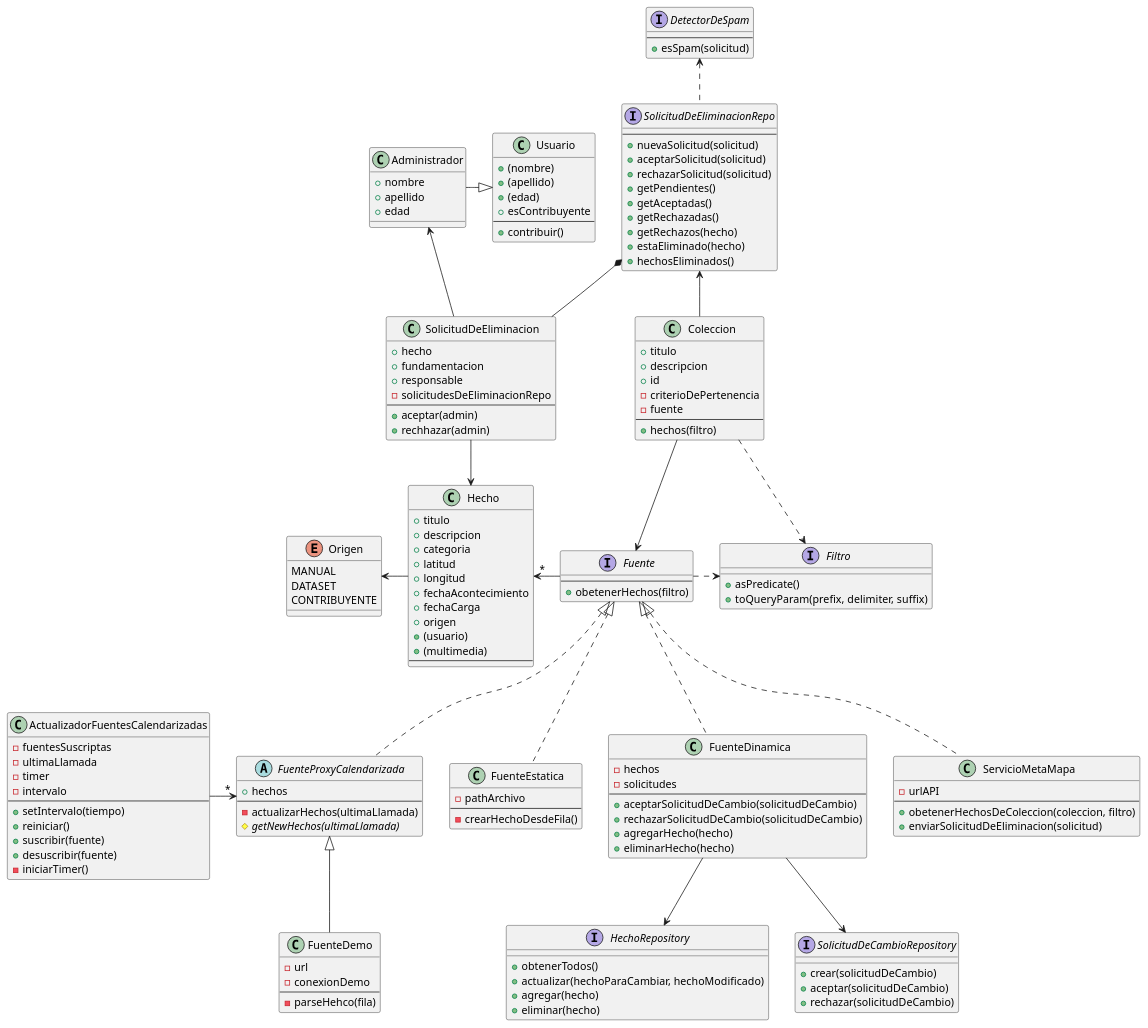
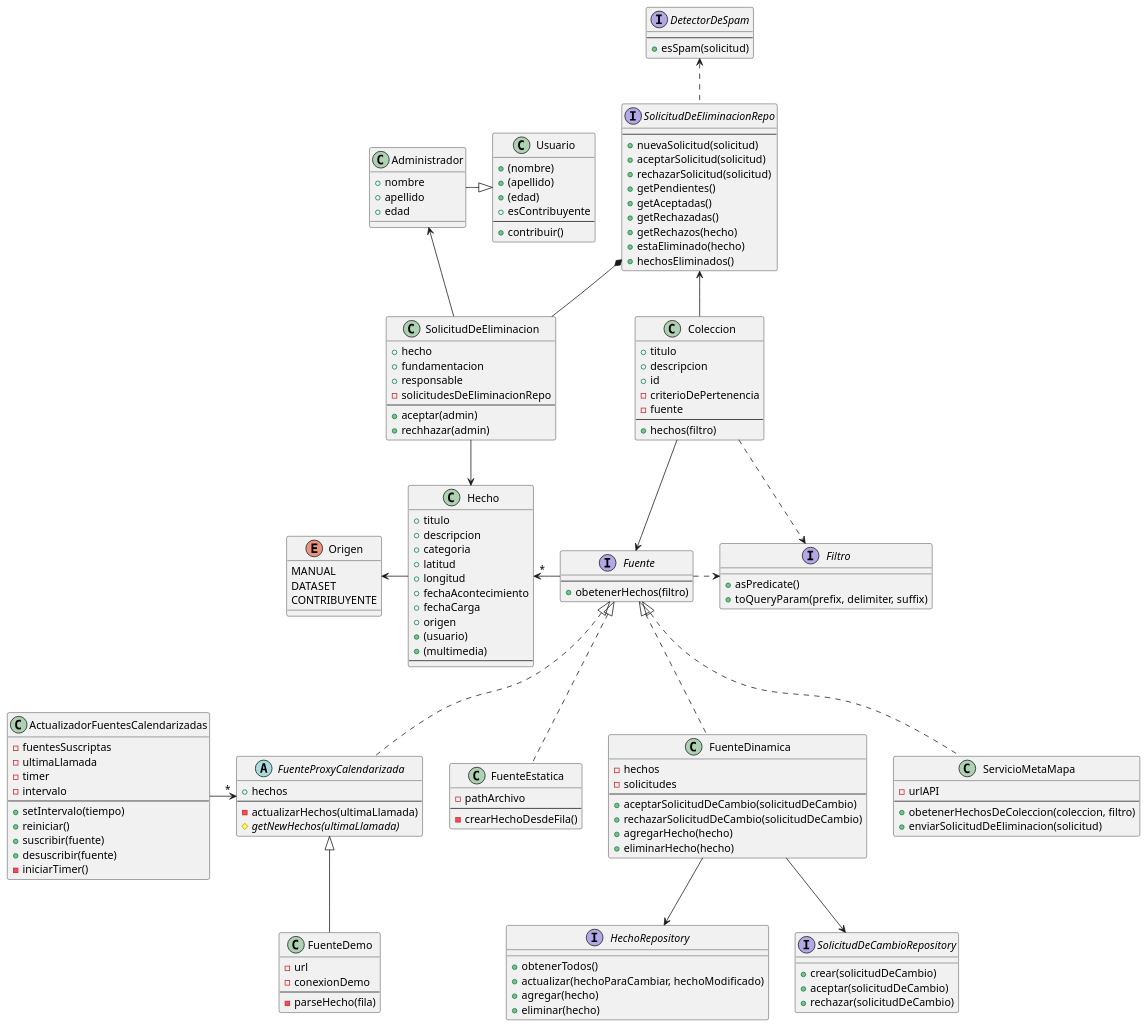
One commit to lrizzitano/Metamapa changed the diagram in diagramas/diagrama-clases.puml. Above: the diagram before and after it, drawn with PlantUML.

Commit message:
typo en diagrama de clases

```diff
--- a/diagramas/diagrama-clases.puml
+++ b/diagramas/diagrama-clases.puml
@@ -1,181 +1,181 @@
 @startuml MetaMapa
 
 class Usuario {
     +(nombre)
     +(apellido)
     +(edad)
     +esContribuyente
     --
     +contribuir()
 }
 
 class Administrador {
     +nombre
     +apellido
     +edad
 }
 
 class SolicitudDeEliminacion {
     +hecho
     +fundamentacion
     +responsable
     -solicitudesDeEliminacionRepo
     --
     +aceptar(admin)
     +rechhazar(admin)
 }
 
 interface SolicitudDeEliminacionRepo {
     --
     +nuevaSolicitud(solicitud)
     +aceptarSolicitud(solicitud)
     +rechazarSolicitud(solicitud)
     +getPendientes()
     +getAceptadas()
     +getRechazadas()
     +getRechazos(hecho)
     +estaEliminado(hecho)
     +hechosEliminados()
 }
 
 interface DetectorDeSpam {
     --
     +esSpam(solicitud)
 }
 
 
 class Coleccion {
     +titulo
     +descripcion
     +id
     -criterioDePertenencia
     -fuente
     --
     +hechos(filtro)
 }
 
 interface Fuente {
     --
     +obetenerHechos(filtro)
 }
 
 class Hecho {
     +titulo
     +descripcion
     +categoria
     +latitud
     +longitud
     +fechaAcontecimiento
     +fechaCarga
     +origen
     +(usuario)
     +(multimedia)
     --
 }
 
 enum Origen {
     MANUAL
     DATASET
     CONTRIBUYENTE
 }
 
 interface Filtro {
     +asPredicate()
     +toQueryParam(prefix, delimiter, suffix)
 }
 
 class FuenteEstatica {
     -pathArchivo
     --
     -crearHechoDesdeFila()
 }
 
 class FuenteDinamica {
     -hechos
     -solicitudes
     --
     +aceptarSolicitudDeCambio(solicitudDeCambio)
     +rechazarSolicitudDeCambio(solicitudDeCambio)
     +agregarHecho(hecho)
     +eliminarHecho(hecho)
 }
 
 interface  HechoRepository {
     +obtenerTodos()
     +actualizar(hechoParaCambiar, hechoModificado)
     +agregar(hecho)
     +eliminar(hecho)
 }
 
 interface SolicitudDeCambioRepository {
     +crear(solicitudDeCambio)
     +aceptar(solicitudDeCambio)
     +rechazar(solicitudDeCambio)
 }
 
 abstract class FuenteProxyCalendarizada {
     +hechos
     --
     -actualizarHechos(ultimaLlamada)
     #getNewHechos(ultimaLlamada) {abstract}
 }
 
 class FuenteDemo {
     -url
     -conexionDemo
     --
-    -parseHehco(fila)
+    -parseHecho(fila)
 }
 
 class ServicioMetaMapa {
     -urlAPI
     --
     +obetenerHechosDeColeccion(coleccion, filtro)
     +enviarSolicitudDeEliminacion(solicitud)
 }
 
 class ActualizadorFuentesCalendarizadas {
     -fuentesSuscriptas
     -ultimaLlamada
     -timer
     -intervalo
     --
     +setIntervalo(tiempo)
     +reiniciar()
     +suscribir(fuente)
     +desuscribir(fuente)
     -iniciarTimer()
 }
 
 
 Administrador -r-|> Usuario
 
 
 Coleccion --> Fuente
 Coleccion .r.> Filtro
 
 Fuente -l-> "*" Hecho
 Fuente .r.>Filtro
 
 FuenteEstatica .u.|> Fuente
 FuenteProxyCalendarizada .u.|> Fuente
 ServicioMetaMapa .u.|> Fuente
 FuenteDemo -u-|> FuenteProxyCalendarizada
 FuenteDinamica .u.|> Fuente
 FuenteDinamica --> HechoRepository
 FuenteDinamica --> SolicitudDeCambioRepository
 
 
 Hecho -l-> Origen
 
 SolicitudDeEliminacion --> Hecho
 SolicitudDeEliminacion -u-> Administrador
 
 SolicitudDeEliminacionRepo *-- SolicitudDeEliminacion
 DetectorDeSpam <.. SolicitudDeEliminacionRepo
 SolicitudDeEliminacionRepo <-- Coleccion
 
 ActualizadorFuentesCalendarizadas -r->"*" FuenteProxyCalendarizada
 
 
 @enduml
```
